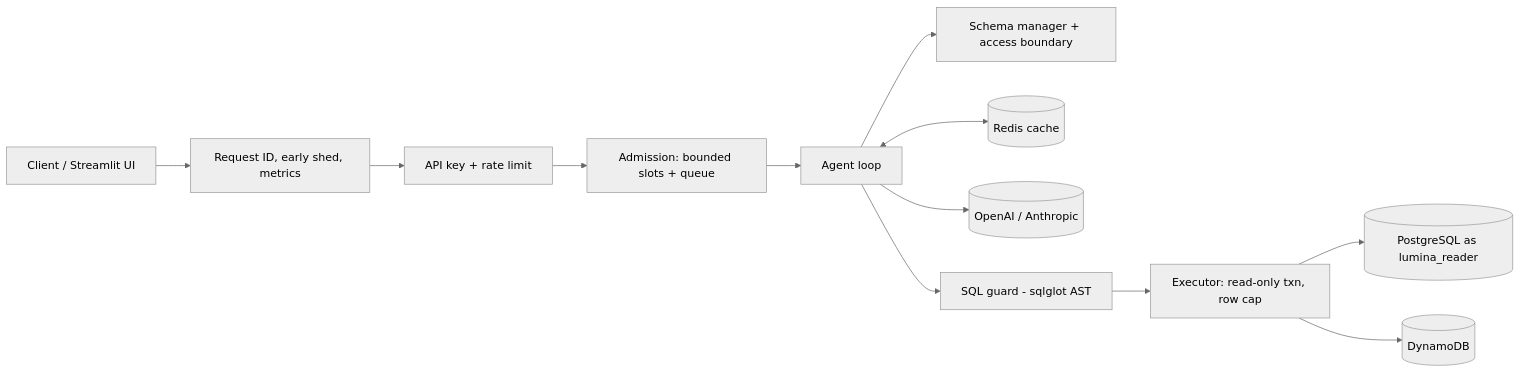
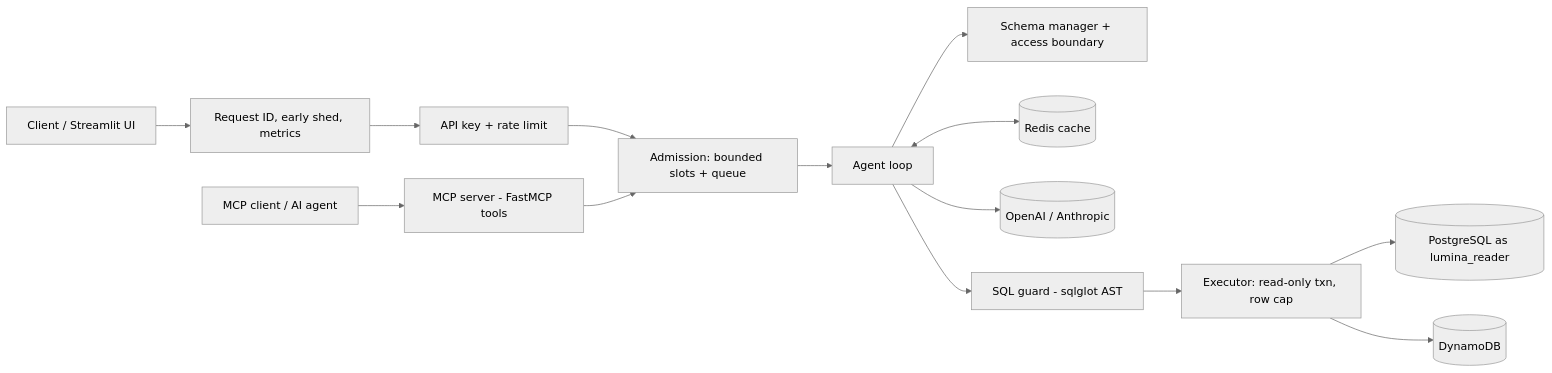
The diagram in README.md (amberfxy/lumina-sql-agent), drawn with Mermaid (neutral theme) before and after one commit. The commit also changed other lines of this file and 16 other files, not shown here.

First line of the commit message:
Add MCP server as a thin FastMCP adapter over the existing services

````diff
--- a/README.md
+++ b/README.md
@@ -29,14 +30,16 @@
 ```mermaid
 flowchart LR
     C[Client / Streamlit UI] --> MW[Request ID, early shed, metrics]
     MW --> AUTH[API key + rate limit]
     AUTH --> ADM[Admission: bounded slots + queue]
+    M[MCP client / AI agent] --> MCP[MCP server - FastMCP tools]
+    MCP --> ADM
     ADM --> AG[Agent loop]
     AG --> SM[Schema manager + access boundary]
     AG <--> R[(Redis cache)]
     AG --> LLM[(OpenAI / Anthropic)]
     AG --> G[SQL guard - sqlglot AST]
     G --> EX[Executor: read-only txn, row cap]
     EX --> PG[(PostgreSQL as lumina_reader)]
     EX --> DDB[(DynamoDB)]
 ```
````
